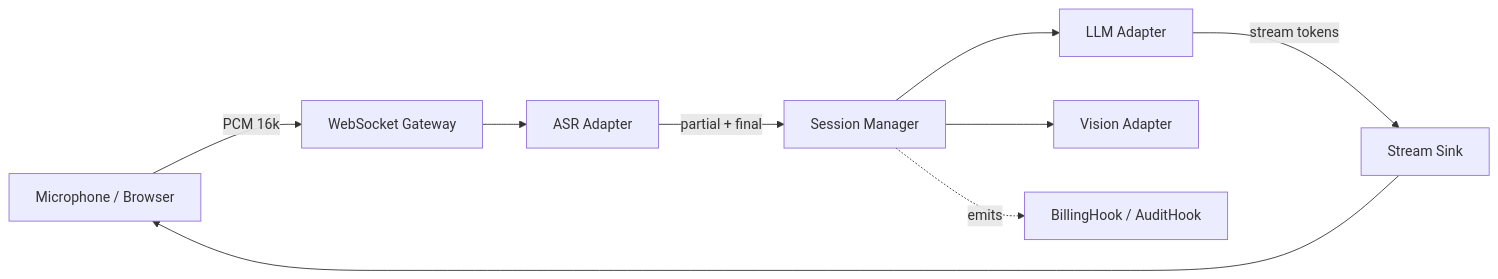
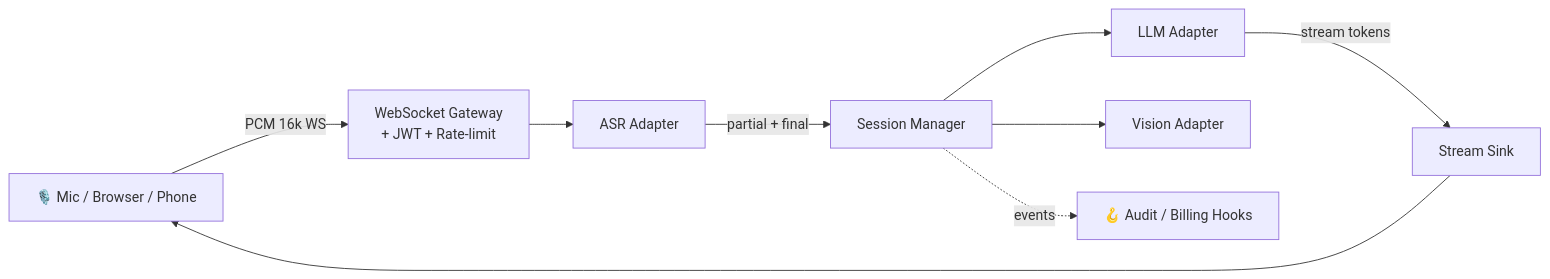
The diagram in README.md (tianjimeteor/VoxCore), drawn with Mermaid before and after one commit. The commit also changed other lines of this file and 1 other file, not shown here.

````diff
--- a/README.md
+++ b/README.md
@@ -64,11 +146,11 @@
 ```mermaid
 graph LR
-    Mic[Microphone / Browser] -->|PCM 16k| WS[WebSocket Gateway]
-    WS --> ASR[ASR Adapter]
+    Mic[🎙️ Mic / Browser / Phone] -->|PCM 16k WS| Gateway[WebSocket Gateway<br/>+ JWT + Rate-limit]
+    Gateway --> ASR[ASR Adapter]
     ASR -->|partial + final| Session[Session Manager]
     Session --> LLM[LLM Adapter]
     LLM -->|stream tokens| Out[Stream Sink]
     Session --> Vision[Vision Adapter]
-    Session -.emits.-> Hooks[BillingHook / AuditHook]
+    Session -.events.-> Hooks[🪝 Audit / Billing Hooks]
     Out --> Mic
 ```
````
